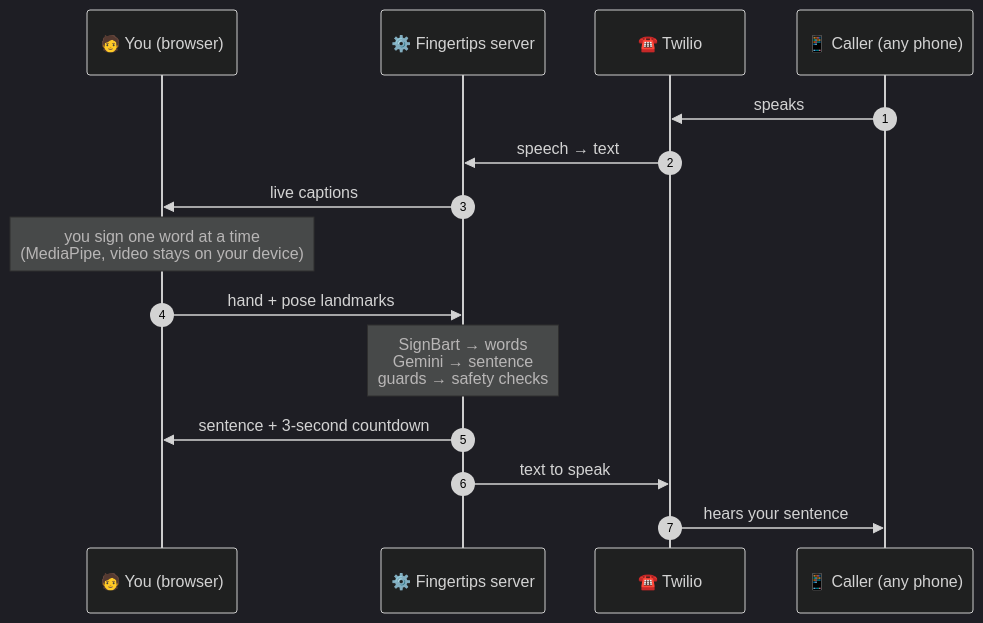
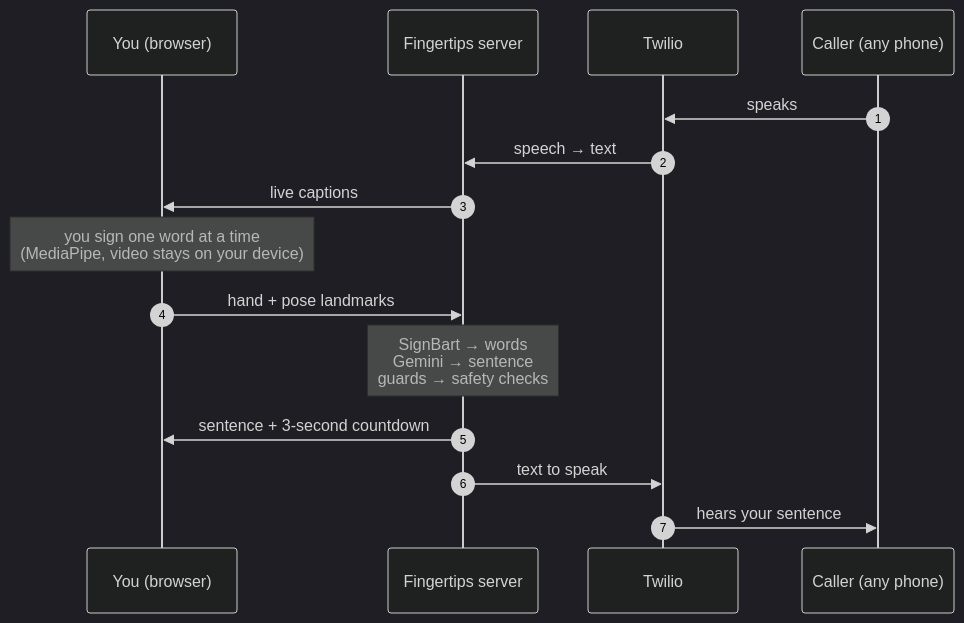
Before and after one commit to GaneshMunagala714/fingertips: the second of 3 diagrams in README.md, drawn with Mermaid (dark theme). The commit also changed other lines of this file, not shown here.

Commit message:
README: plain diagrams, no icons

````diff
--- a/README.md
+++ b/README.md
@@ -140,18 +140,18 @@
 ```mermaid
 sequenceDiagram
     autonumber
-    participant Y as 🧑 You (browser)
-    participant S as ⚙️ Fingertips server
-    participant T as ☎️ Twilio
-    participant C as 📱 Caller (any phone)
+    participant Y as You (browser)
+    participant S as Fingertips server
+    participant T as Twilio
+    participant C as Caller (any phone)
 
     C->>T: speaks
     T->>S: speech → text
     S->>Y: live captions
     Note over Y: you sign one word at a time<br/>(MediaPipe, video stays on your device)
     Y->>S: hand + pose landmarks
     Note over S: SignBart → words<br/>Gemini → sentence<br/>guards → safety checks
     S->>Y: sentence + 3-second countdown
     S->>T: text to speak
     T->>C: hears your sentence
 ```
````
